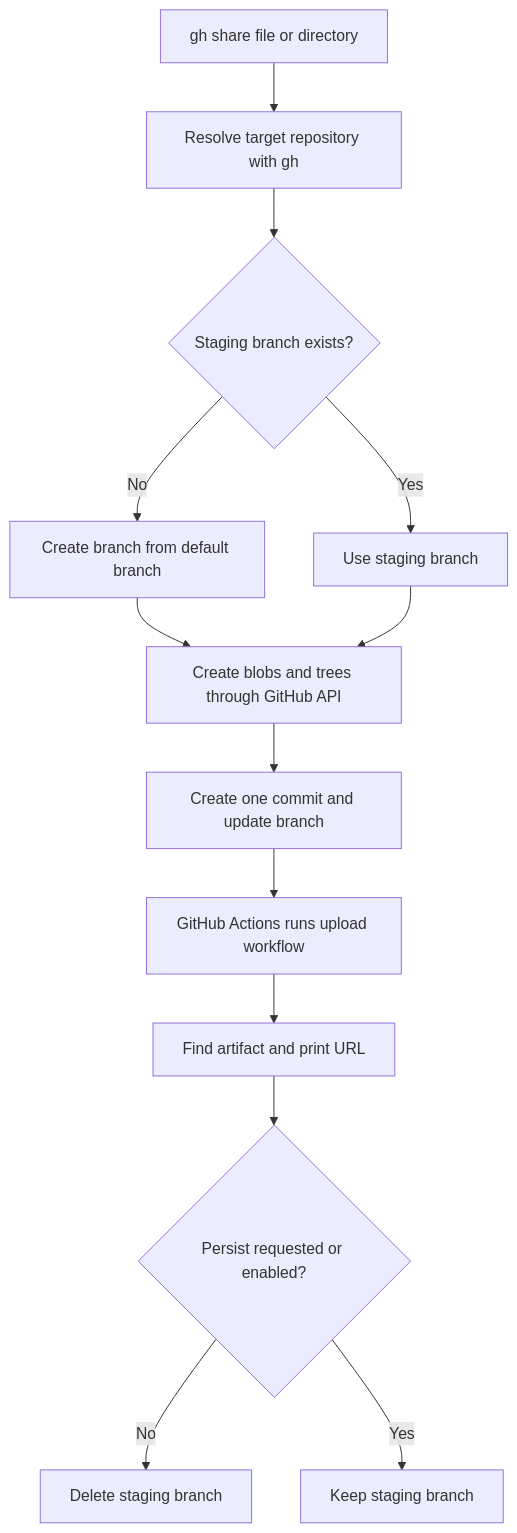
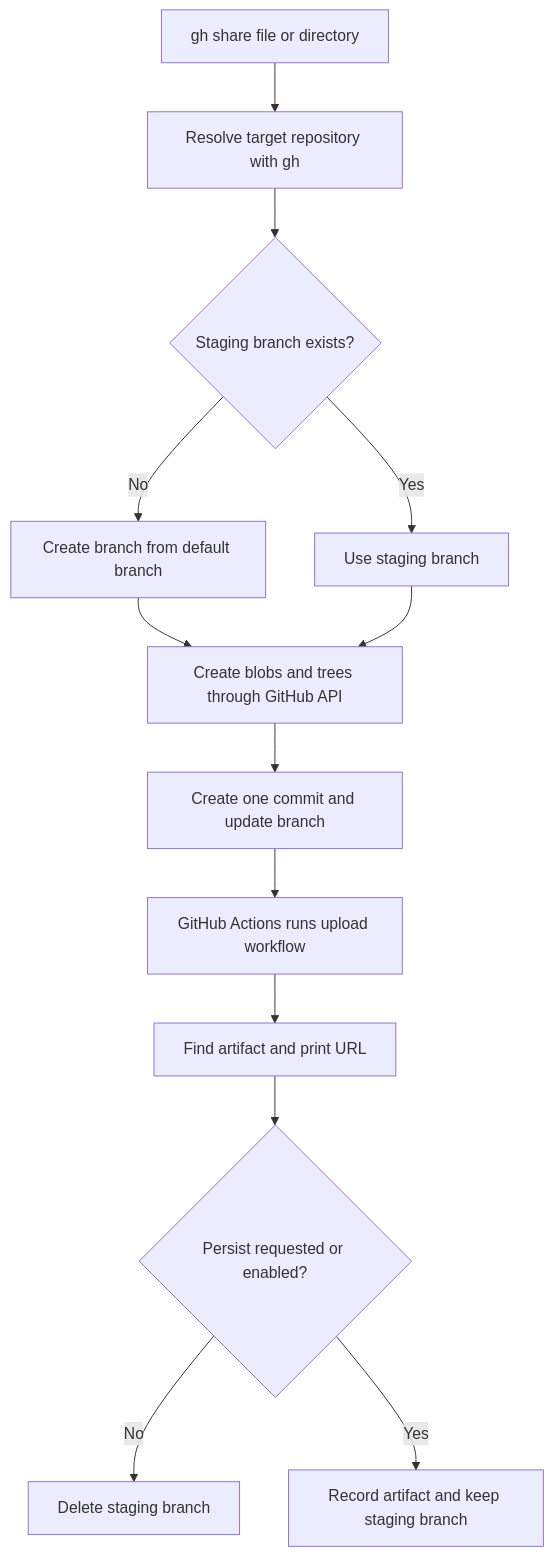
Before and after one commit to master-ai0107/gh-extension: the diagram in README.md, drawn with Mermaid. The commit also changed other lines of this file and 2 other files, not shown here.

First line of the commit message:
feat: record shared artifacts on the staging branch

````diff
--- a/README.md
+++ b/README.md
@@ -61,15 +71,15 @@
 ```mermaid
 flowchart TD
     A[gh share file or directory] --> B[Resolve target repository with gh]
     B --> C{Staging branch exists?}
     C -->|No| D[Create branch from default branch]
     C -->|Yes| E[Use staging branch]
     D --> F[Create blobs and trees through GitHub API]
     E --> F
     F --> G[Create one commit and update branch]
     G --> H[GitHub Actions runs upload workflow]
     H --> I[Find artifact and print URL]
     I --> J{Persist requested or enabled?}
     J -->|No| K[Delete staging branch]
-    J -->|Yes| L[Keep staging branch]
+    J -->|Yes| L[Record artifact and keep staging branch]
 ```
````
